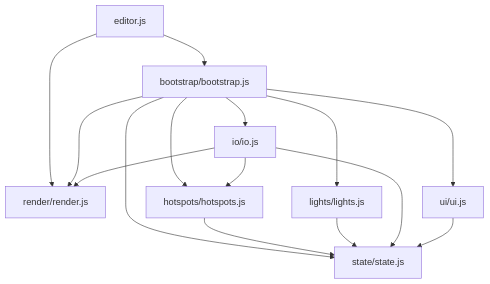
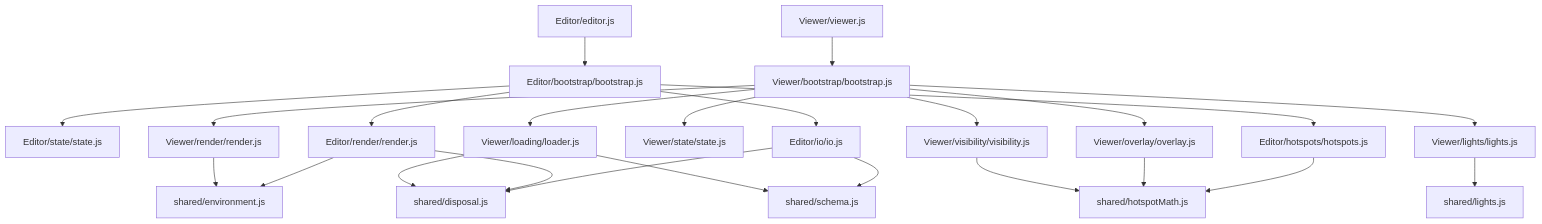
Before and after one commit to rinku31/3D-App-Viewer: the second of 2 diagrams in docs/Architecture.md, drawn with Mermaid. The commit also changed other lines of this file and 38 other files, not shown here.

````diff
--- a/docs/Architecture.md
+++ b/docs/Architecture.md
@@ -47,17 +68,35 @@
 ```mermaid
 flowchart TD
-  Entry[editor.js] --> Render[render/render.js]
-  Entry --> Bootstrap[bootstrap/bootstrap.js]
-  Bootstrap --> State[state/state.js]
-  Bootstrap --> Hotspots[hotspots/hotspots.js]
-  Bootstrap --> Lights[lights/lights.js]
-  Bootstrap --> IO[io/io.js]
-  Bootstrap --> UI[ui/ui.js]
-  Bootstrap --> Render
-  Hotspots --> State
-  Lights --> State
-  IO --> State
-  IO --> Hotspots
-  IO --> Render
-  UI --> State
+  SharedSchema[shared/schema.js]
+  SharedDisposal[shared/disposal.js]
+  SharedEnv[shared/environment.js]
+  SharedMath[shared/hotspotMath.js]
+  SharedLights[shared/lights.js]
+
+  Editor[Editor/editor.js] --> EditorBootstrap[Editor/bootstrap/bootstrap.js]
+  EditorBootstrap --> EditorState[Editor/state/state.js]
+  EditorBootstrap --> EditorRender[Editor/render/render.js]
+  EditorBootstrap --> EditorHotspots[Editor/hotspots/hotspots.js]
+  EditorBootstrap --> EditorIO[Editor/io/io.js]
+
+  EditorIO --> SharedSchema
+  EditorIO --> SharedDisposal
+  EditorHotspots --> SharedMath
+  EditorRender --> SharedEnv
+  EditorRender --> SharedDisposal
+
+  Viewer[Viewer/viewer.js] --> ViewerBootstrap[Viewer/bootstrap/bootstrap.js]
+  ViewerBootstrap --> ViewerState[Viewer/state/state.js]
+  ViewerBootstrap --> ViewerRender[Viewer/render/render.js]
+  ViewerBootstrap --> ViewerLoader[Viewer/loading/loader.js]
+  ViewerBootstrap --> ViewerLights[Viewer/lights/lights.js]
+  ViewerBootstrap --> ViewerOverlay[Viewer/overlay/overlay.js]
+  ViewerBootstrap --> ViewerVisibility[Viewer/visibility/visibility.js]
+
+  ViewerRender --> SharedEnv
+  ViewerLoader --> SharedDisposal
+  ViewerLoader --> SharedSchema
+  ViewerLights --> SharedLights
+  ViewerOverlay --> SharedMath
+  ViewerVisibility --> SharedMath
 ```
````
